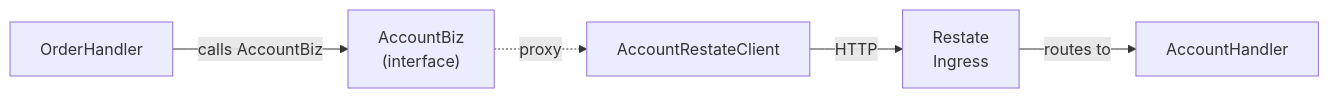
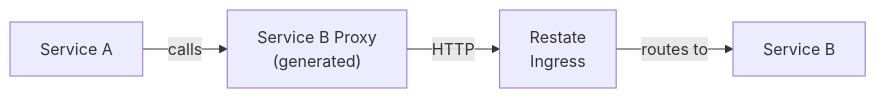
One commit to shopnexus/shopnexus-server changed the second of 2 diagrams in README.md. Above: the diagram before and after it, drawn with Mermaid. The commit also changed other lines of this file and 9 other files, not shown here.

Commit message:
extract conventions to assets/ and refresh module ER diagrams

````diff
--- a/README.md
+++ b/README.md
@@ -53,7 +26,6 @@
 ```mermaid
 flowchart LR
-    OrderHandler -->|"calls AccountBiz"| AccountBiz["AccountBiz\n(interface)"]
-    AccountBiz -.->|proxy| AccountRestate["AccountRestateClient"]
-    AccountRestate -->|HTTP| Ingress["Restate\nIngress"]
-    Ingress -->|routes to| AccountHandler
+    ServiceA["Service A"] -->|calls| ProxyB["Service B Proxy\n(generated)"]
+    ProxyB -->|HTTP| Ingress["Restate\nIngress"]
+    Ingress -->|routes to| ServiceB["Service B"]
 ```
````
